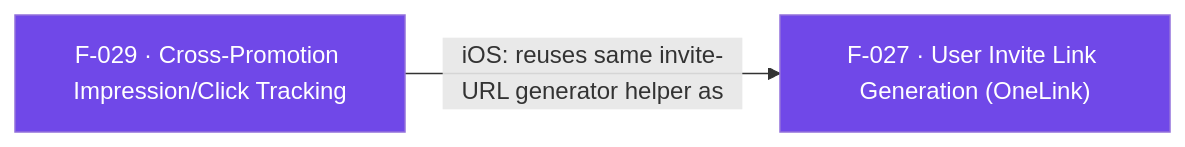
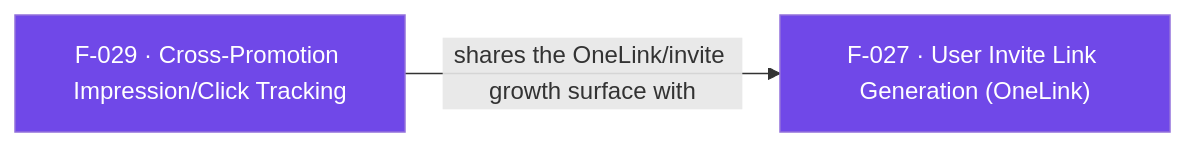
The diagram in internal-docs/features/F-029-cross-promotion-impression-click-tracking.md (AppsFlyerSDK/appsflyer-flutter-plugin), drawn with Mermaid before and after one commit. The commit also changed other lines of this file and 112 other files, not shown here.

First line of the commit message:
[DELIVERY-125863] Migrate Flutter plugin to AppsFlyer SDK 7 RPC architecture.

````diff
--- a/internal-docs/features/F-029-cross-promotion-impression-click-tracking.md
+++ b/internal-docs/features/F-029-cross-promotion-impression-click-tracking.md
@@ -73,7 +69,7 @@
 ```mermaid
 flowchart LR
     F029["F-029 · Cross-Promotion Impression/Click Tracking"]:::oneLinkAndGrowth
     F027["F-027 · User Invite Link Generation (OneLink)"]:::oneLinkAndGrowth
-    F029 -->|"iOS: reuses same invite-URL generator helper as"| F027
+    F029 -->|"shares the OneLink/invite growth surface with"| F027
     classDef oneLinkAndGrowth fill:#7048E8,color:#fff
 ```
````
